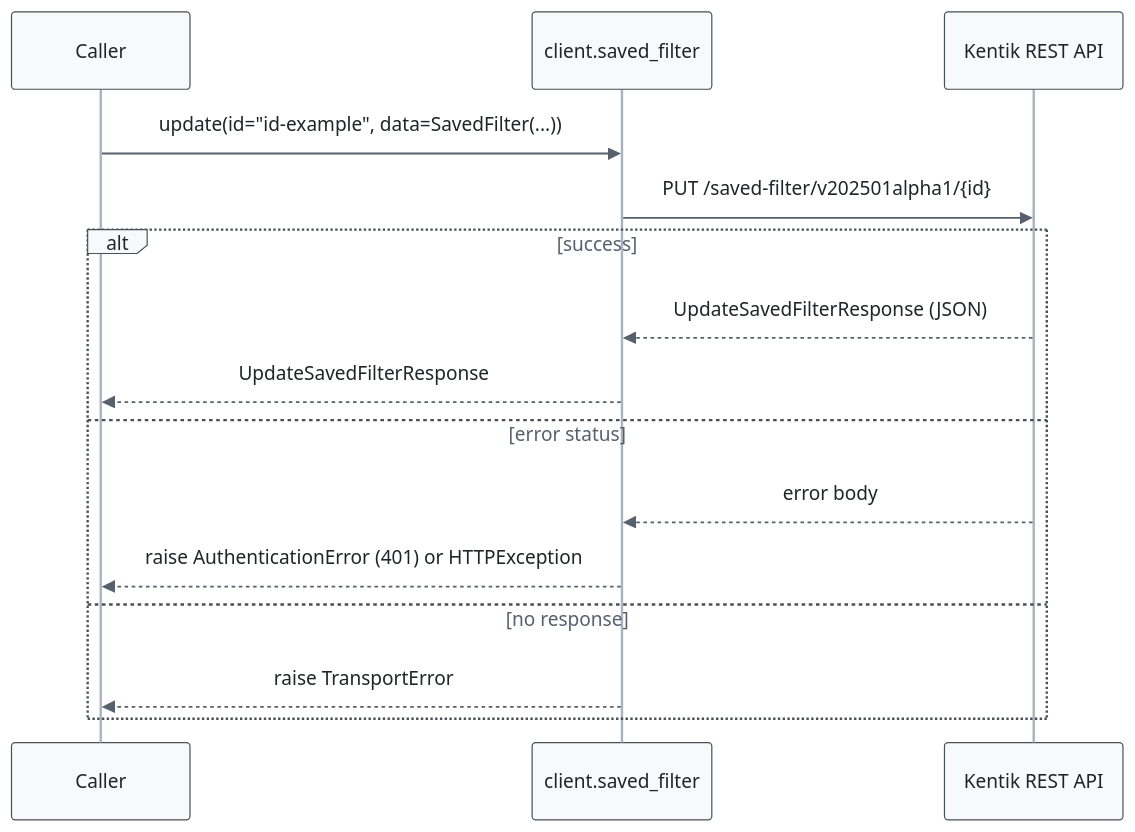
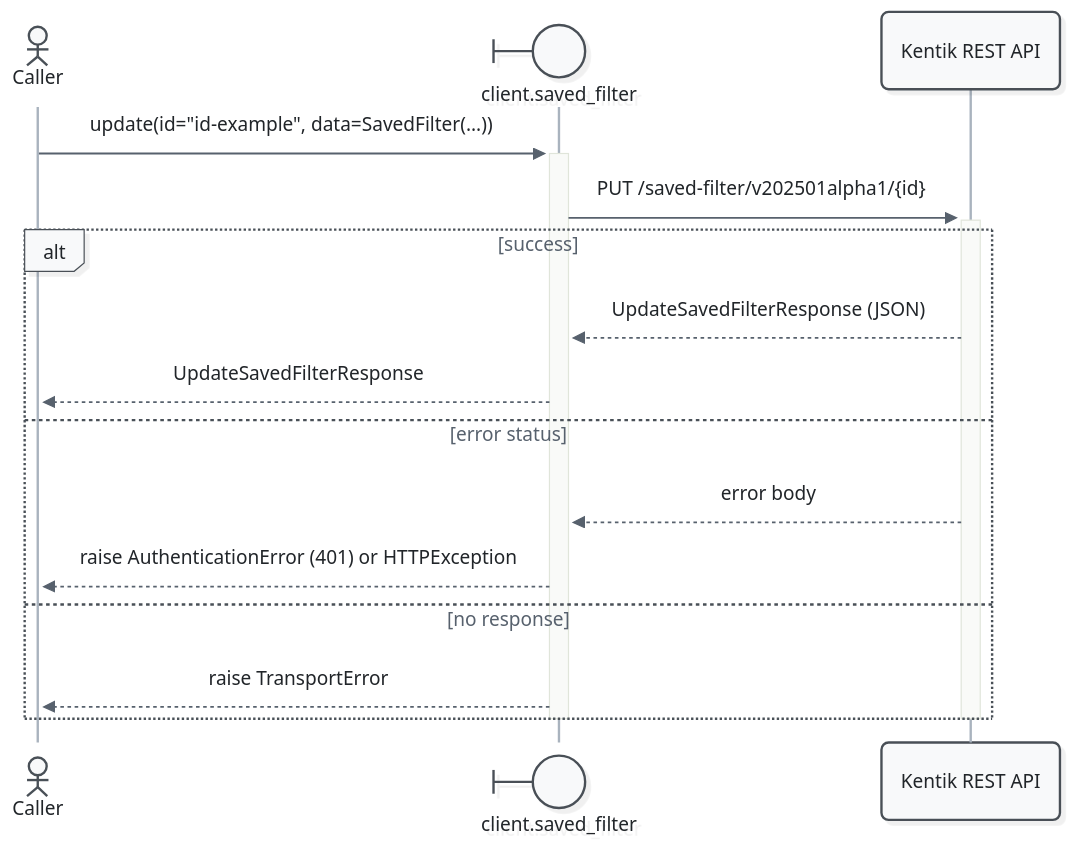
One commit to alexdearaujo/community_sdk_python changed the fifth of 13 diagrams in docs/sphinx/services/saved_filter.md. Above: the diagram before and after it, drawn with Mermaid. The commit also changed other lines of this file and 52 other files, not shown here.

First line of the commit message:
docs: Mermaid 12 sequence diagrams with participant types and path colors

````diff
--- a/docs/sphinx/services/saved_filter.md
+++ b/docs/sphinx/services/saved_filter.md
@@ -190,19 +200,21 @@
 ```mermaid
-%%{init: {"theme": "base", "fontFamily": "ui-monospace, SFMono-Regular, Menlo, monospace", "themeVariables": {"fontFamily": "ui-monospace, SFMono-Regular, Menlo, monospace", "primaryColor": "#f8f9fa", "primaryBorderColor": "#495057", "primaryTextColor": "#212529", "textColor": "#212529", "lineColor": "#77818c", "edgeLabelBackground": "#ffffff", "actorBkg": "#f8f9fa", "actorBorder": "#495057", "actorTextColor": "#212529", "actorLineColor": "#a9b3be", "signalColor": "#57616d", "signalTextColor": "#212529", "labelBoxBkgColor": "#f8f9fa", "labelBoxBorderColor": "#495057", "labelTextColor": "#212529", "loopTextColor": "#57616d", "noteBkgColor": "#fff9db", "noteBorderColor": "#f08c00", "noteTextColor": "#a35a00"}, "flowchart": {"curve": "step", "nodeSpacing": 30, "rankSpacing": 70, "wrappingWidth": 400}}}%%
+%%{init: {"theme": "redux", "look": "neo", "layout": "dagre", "fontFamily": "ui-monospace, SFMono-Regular, Menlo, monospace", "themeVariables": {"fontFamily": "ui-monospace, SFMono-Regular, Menlo, monospace", "primaryColor": "#f8f9fa", "primaryBorderColor": "#495057", "primaryTextColor": "#212529", "textColor": "#212529", "lineColor": "#77818c", "edgeLabelBackground": "#ffffff", "actorBkg": "#f8f9fa", "actorBorder": "#495057", "actorTextColor": "#212529", "actorLineColor": "#a9b3be", "signalColor": "#57616d", "signalTextColor": "#212529", "labelBoxBkgColor": "#f8f9fa", "labelBoxBorderColor": "#495057", "labelTextColor": "#212529", "loopTextColor": "#57616d", "noteBkgColor": "#fff9db", "noteBorderColor": "#f08c00", "noteTextColor": "#a35a00"}, "sequence": {"activationWidth": 16}, "flowchart": {"curve": "step", "nodeSpacing": 30, "rankSpacing": 70, "wrappingWidth": 400}}}%%
 sequenceDiagram
-    participant C as Caller
-    participant W as client.saved_filter
+    actor C as Caller
+    participant W@{ "type": "boundary" } as client.saved_filter
     participant API as Kentik REST API
 
-    C->>W: update(id="id-example", data=SavedFilter(...))
-    W->>API: PUT /saved-filter/v202501alpha1/{id}
+    C->>+W: update(id="id-example", data=SavedFilter(...))
+    W->>+API: PUT /saved-filter/v202501alpha1/{id}
     alt success
         API-->>W: UpdateSavedFilterResponse (JSON)
         W-->>C: UpdateSavedFilterResponse
     else error status
         API-->>W: error body
         W-->>C: raise AuthenticationError (401) or HTTPException
     else no response
         W-->>C: raise TransportError
     end
+    deactivate API
+    deactivate W
 ```
````
